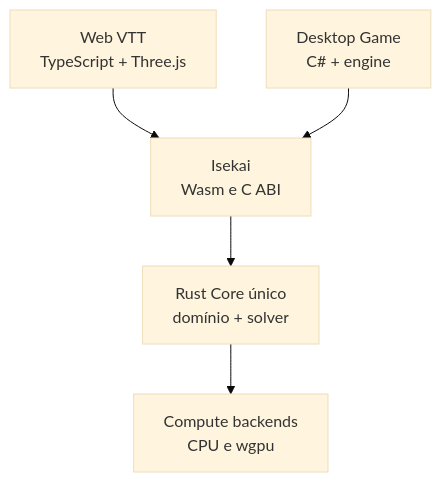
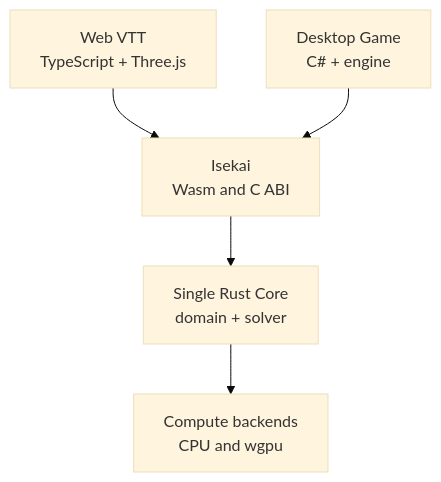
One commit to TassoossaT/Grafting-Monorepo changed the diagram in GRAFTING_MASTER_SOURCE.md. Above: the diagram before and after it, drawn with Mermaid (base theme). The commit also changed other lines of this file and 3 other files, not shown here.

````diff
--- a/GRAFTING_MASTER_SOURCE.md
+++ b/GRAFTING_MASTER_SOURCE.md
@@ -385,13 +386,13 @@
 ```mermaid
 flowchart TB
     Web["Web VTT<br/>TypeScript + Three.js"]
     Desktop["Desktop Game<br/>C# + engine"]
-    Isekai["Isekai<br/>Wasm e C ABI"]
-    Core["Rust Core único<br/>domínio + solver"]
-    Backends["Compute backends<br/>CPU e wgpu"]
+    Isekai["Isekai<br/>Wasm and C ABI"]
+    Core["Single Rust Core<br/>domain + solver"]
+    Backends["Compute backends<br/>CPU and wgpu"]
 
     Web --> Isekai
     Desktop --> Isekai
     Isekai --> Core
     Core --> Backends
 ```
````
